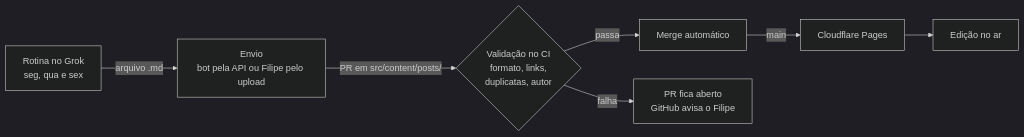
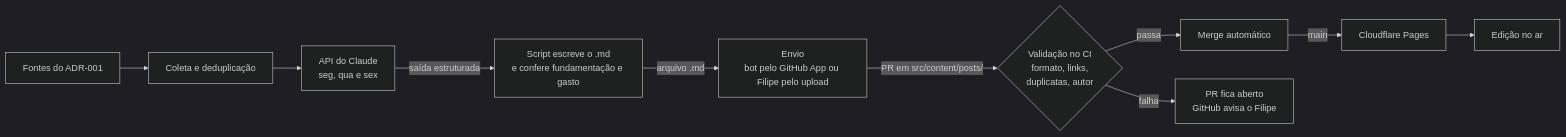
The diagram in docs/architecture/visao-geral.md (FilipeOliveira94/pedsletter), drawn with Mermaid (dark theme) before and after one commit. The commit also changed other lines of this file and 8 other files, not shown here.

First line of the commit message:
docs(F0-07): rewrite roadmap for the Claude API pipeline

````diff
--- a/docs/architecture/visao-geral.md
+++ b/docs/architecture/visao-geral.md
@@ -39,9 +41,12 @@
 ```mermaid
 flowchart LR
-    A[Rotina no Grok<br>seg, qua e sex] -->|arquivo .md| B[Envio<br>bot pela API ou Filipe pelo upload]
+    S[Fontes do ADR-001] --> K[Coleta e deduplicação]
+    K --> A[API do Claude<br>seg, qua e sex]
+    A -->|saída estruturada| V[Script escreve o .md<br>e confere fundamentação e gasto]
+    V -->|arquivo .md| B[Envio<br>bot pelo GitHub App ou Filipe pelo upload]
     B -->|PR em src/content/posts/| C{Validação no CI<br>formato, links,<br>duplicatas, autor}
     C -->|passa| D[Merge automático]
     C -->|falha| E[PR fica aberto<br>GitHub avisa o Filipe]
     D -->|main| F[Cloudflare Pages]
     F --> G[Edição no ar]
 ```
````
